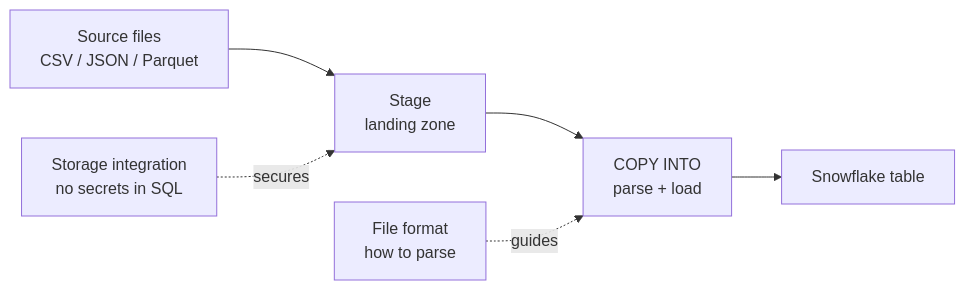
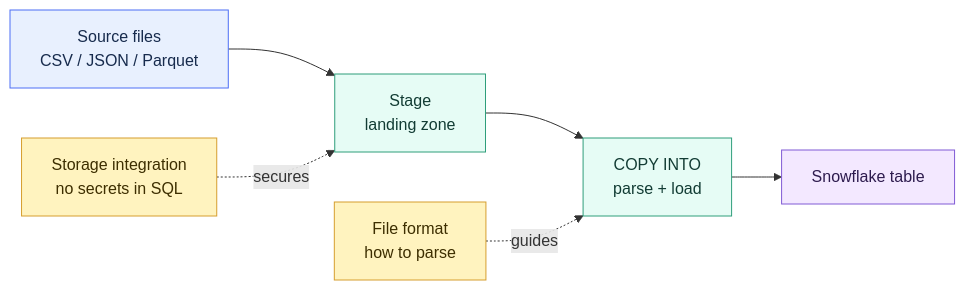
The diagram in 01 Snowflake/04 Data Engineering/19 Stages and Data Loading.md (shonningsoy/Upskill), drawn with Mermaid before and after one commit. The commit also changed other lines of this file and 14 other files, not shown here.

````diff
--- a/01 Snowflake/04 Data Engineering/19 Stages and Data Loading.md
+++ b/01 Snowflake/04 Data Engineering/19 Stages and Data Loading.md
@@ -64,8 +67,18 @@
 ```mermaid
 flowchart LR
     A[Source files<br/>CSV / JSON / Parquet] --> B[Stage<br/>landing zone]
     B --> C[COPY INTO<br/>parse + load]
     C --> D[Snowflake table]
     SI[Storage integration<br/>no secrets in SQL] -.secures.-> B
     FF[File format<br/>how to parse] -.guides.-> C
+
+    classDef input fill:#E8F0FE,stroke:#4C6EF5,color:#172B4D
+    classDef control fill:#FFF3BF,stroke:#D69E2E,color:#3D2E00
+    classDef snowflake fill:#E6FCF5,stroke:#2F9E7B,color:#123C34
+    classDef platform fill:#F1F3F5,stroke:#868E96,color:#212529
+    classDef output fill:#F3E8FF,stroke:#805AD5,color:#2D1B4E
+    class A input
+    class SI,FF control
+    class B,C snowflake
+    class D output
 ```
````
